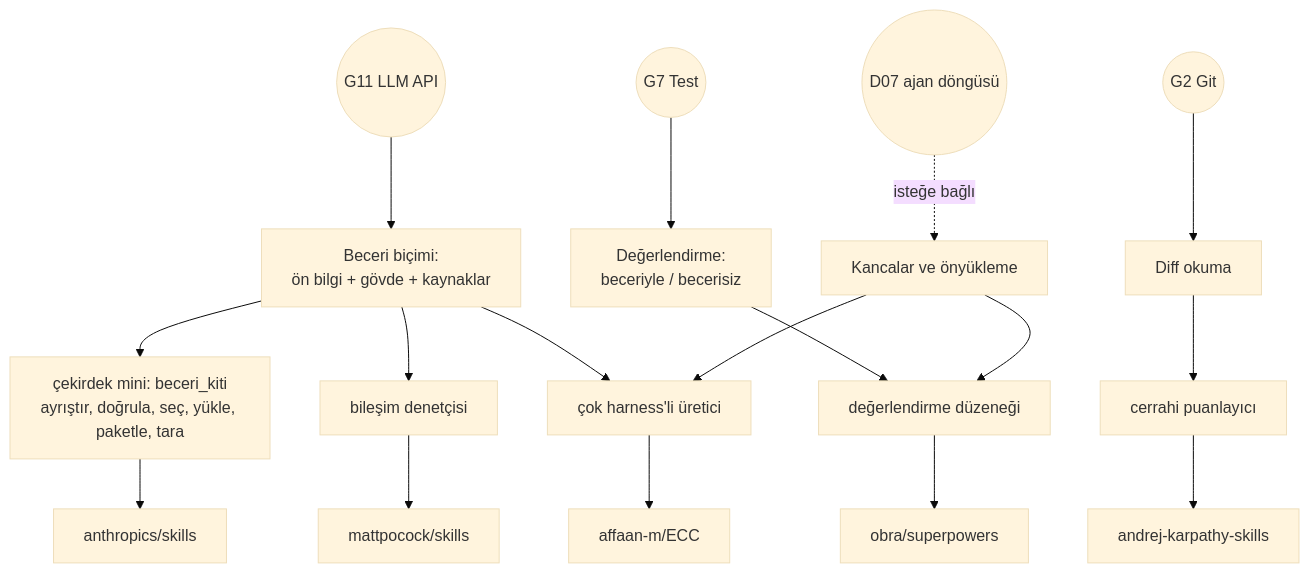
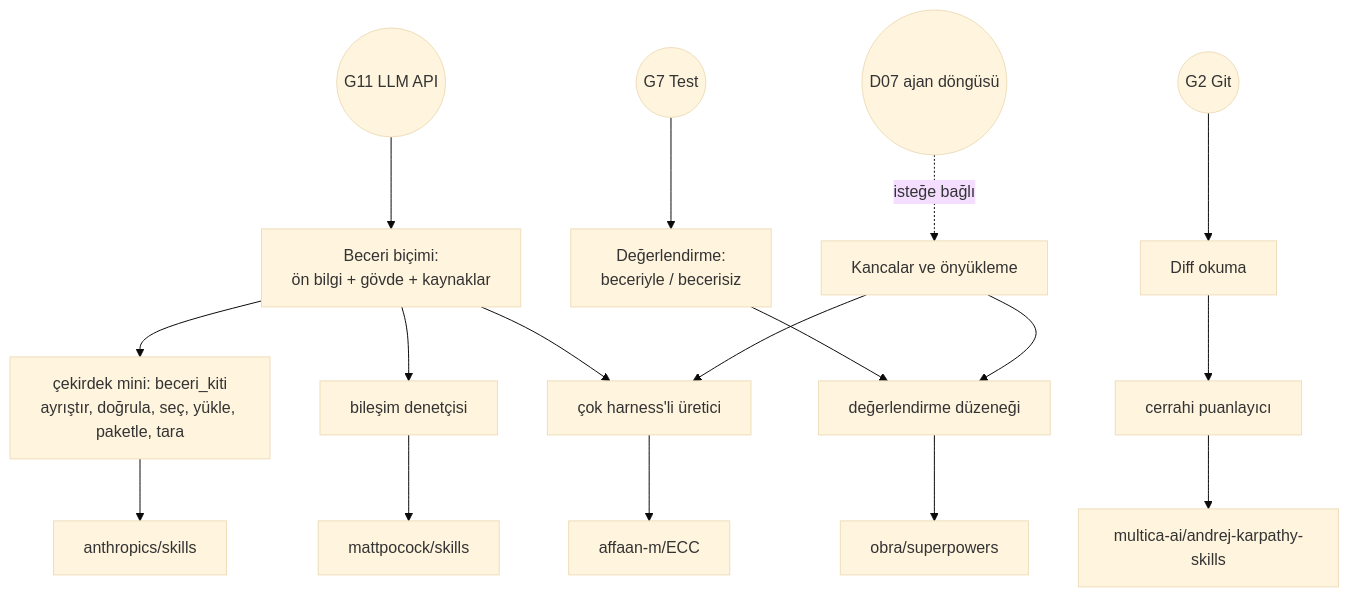
Before and after one commit to yilmazfatih-cyber/Deneme: the diagram in repo-atlasi/dallar/08-ajan-becerileri/README.md, drawn with Mermaid (base theme). The commit also changed other lines of this file and 43 other files, not shown here.

````diff
--- a/repo-atlasi/dallar/08-ajan-becerileri/README.md
+++ b/repo-atlasi/dallar/08-ajan-becerileri/README.md
@@ -32,21 +32,21 @@
 ```mermaid
 flowchart TD
     G11((G11 LLM API)) --> F[Beceri biçimi:<br/>ön bilgi + gövde + kaynaklar]
     G7((G7 Test)) --> EV[Değerlendirme:<br/>beceriyle / becerisiz]
     G2((G2 Git)) --> DIFF[Diff okuma]
     D07((D07 ajan döngüsü)) -. isteğe bağlı .-> HK[Kancalar ve önyükleme]
 
     F --> M1["çekirdek mini: beceri_kiti<br/>ayrıştır, doğrula, seç, yükle, paketle, tara"]
     F --> M3["bileşim denetçisi"]
     EV --> M2["değerlendirme düzeneği"]
     HK --> M2
     DIFF --> M5["cerrahi puanlayıcı"]
     F --> M4["çok harness'li üretici"]
     HK --> M4
 
     M1 --> R1[anthropics/skills]
-    M5 --> R5[andrej-karpathy-skills]
+    M5 --> R5[multica-ai/andrej-karpathy-skills]
     M3 --> R3[mattpocock/skills]
     M2 --> R2[obra/superpowers]
     M4 --> R4[affaan-m/ECC]
 ```
````
